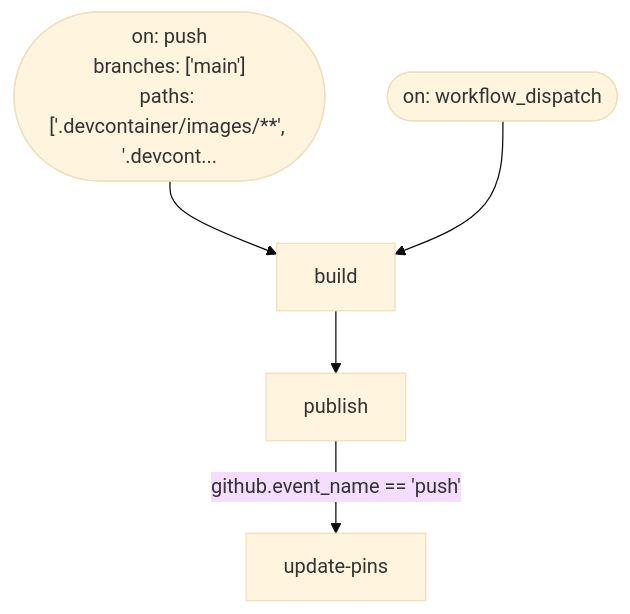
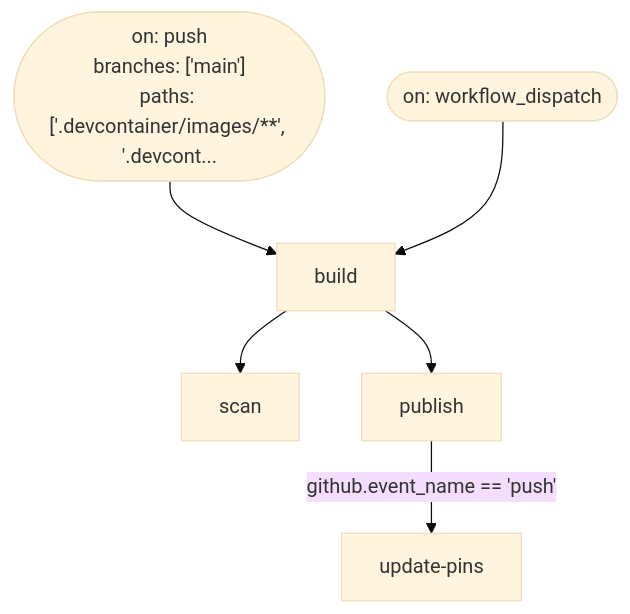
The diagram in docs/generated/workflows/publish-devcontainer-images-if-branches.md (tvna/claude-md), drawn with Mermaid (base theme) before and after one commit. The commit also changed 1 other file, not shown here.

Commit message:
ci(devcontainer): isolate Trivy scan into a low-privilege job (#1264)
Move the Trivy scan and SARIF upload out of the `build` job (which holds
`packages: write` and an authenticated GHCR write login) into a separate
`scan` job scoped to `packages: read` + `security-events: write`. A
compromised scanner can then no longer push images or steal the write
token; it is confined to read-only registry access.

Also pin the Trivy `version:` input, not just the action SHA. trivy-action
downloads the scanner binary at runtime and `version:` selects which
binary; leaving it unset (or `latest`) was the exposure vector in the
2026-03-19 Trivy supply-chain incident (aquasecurity/trivy#10425). v0.70.0
is the trivy-action v0.36.0 default and post-incident (>= v0.69.3).

https://claude.ai/code/session_01QbDSDCvUB9EivPrwMWoguh

````diff
--- a/docs/generated/workflows/publish-devcontainer-images-if-branches.md
+++ b/docs/generated/workflows/publish-devcontainer-images-if-branches.md
@@ -5,15 +5,17 @@
 ```mermaid
 flowchart TD
 
     T_push(["on: push\nbranches: ['main']\npaths: ['.devcontainer/images/**', '.devcont..."])
     T_workflow_dispatch(["on: workflow_dispatch"])
 
     J_build["build"]
+    J_scan["scan"]
     J_publish["publish"]
     J_update_pins["update-pins"]
 
     T_push --> J_build
     T_workflow_dispatch --> J_build
+    J_build --> J_scan
     J_build --> J_publish
     J_publish -->|"github.event_name == 'push'"| J_update_pins
 ```
````
